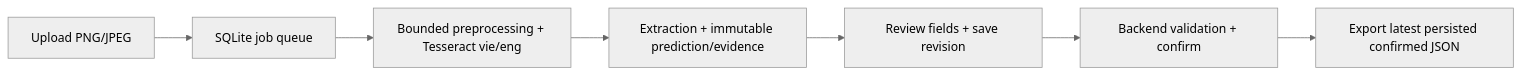
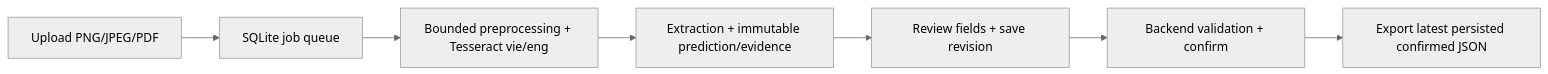
Before and after one commit to teamfuturetime/document-inteligence: the diagram in README.md, drawn with Mermaid (neutral theme). The commit also changed other lines of this file and 7 other files, not shown here.

````diff
--- a/README.md
+++ b/README.md
@@ -41,9 +41,9 @@
 ```mermaid
 flowchart LR
-    A[Upload PNG/JPEG] --> B[SQLite job queue]
+    A[Upload PNG/JPEG/PDF] --> B[SQLite job queue]
     B --> C[Bounded preprocessing + Tesseract vie/eng]
     C --> D[Extraction + immutable prediction/evidence]
     D --> E[Review fields + save revision]
     E --> F[Backend validation + confirm]
     F --> G[Export latest persisted confirmed JSON]
 ```
````
